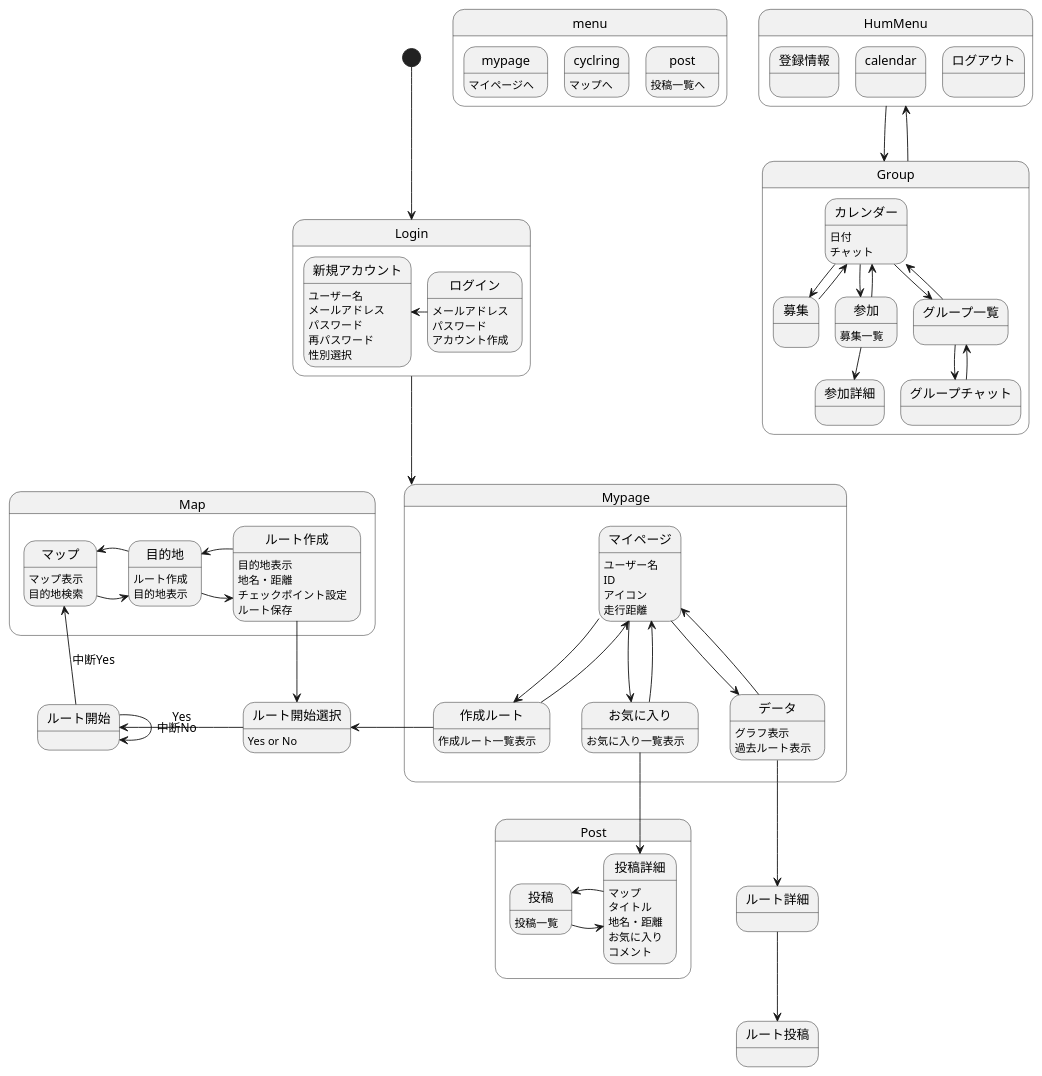
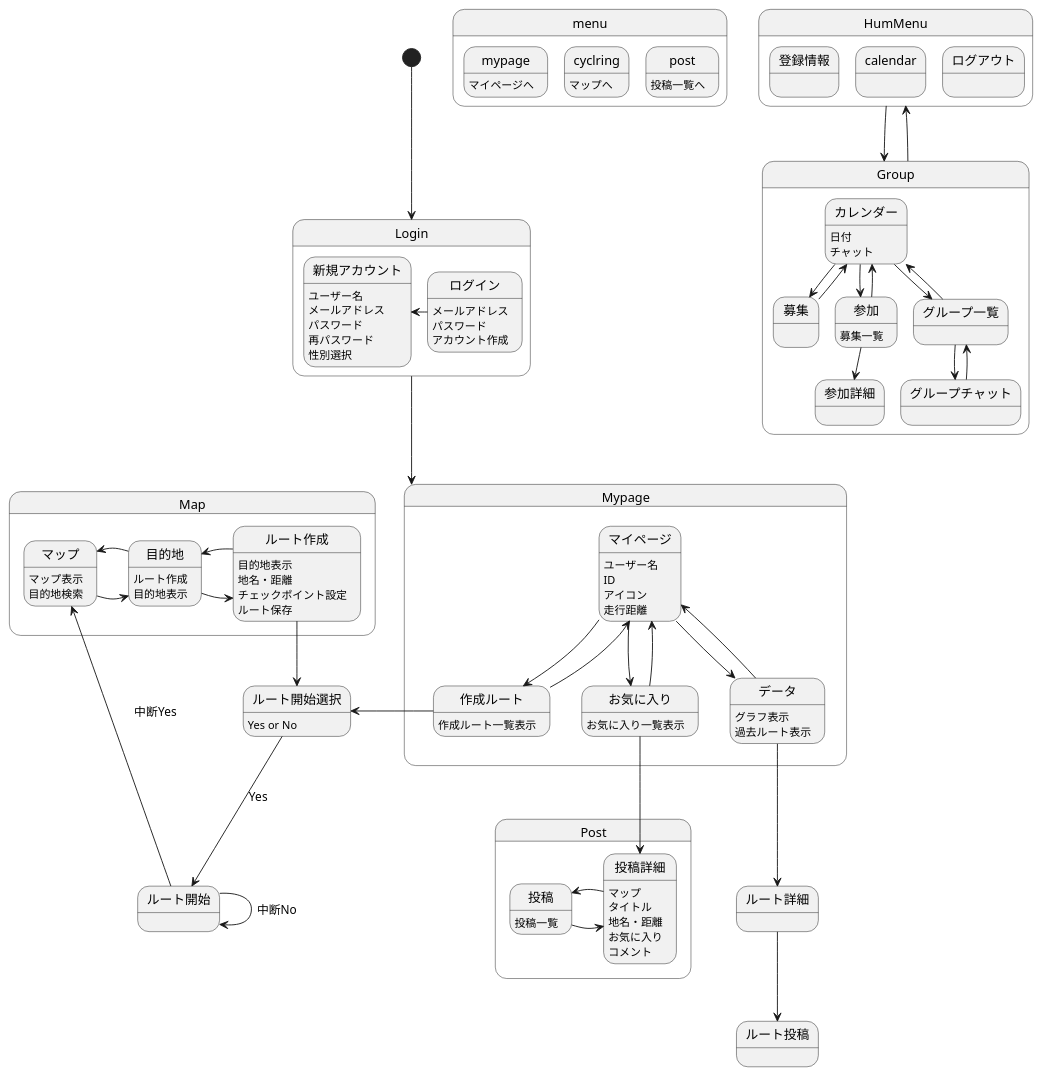
The diagram in 画面遷移図/gm.md (AsoSD3A3/CyclingSystem), drawn with PlantUML before and after one commit.

```diff
--- a/画面遷移図/gm.md
+++ b/画面遷移図/gm.md
@@ -84,7 +84,7 @@
 }
 ルート作成-down->ルート開始選択
 ルート開始選択:Yes or No
-ルート開始選択-left->ルート開始 :Yes
+ルート開始選択-down->ルート開始 :Yes
 ルート開始-->ルート開始 :中断No
 ルート開始-up->マップ :中断Yes
 作成ルート-left->ルート開始選択
```
